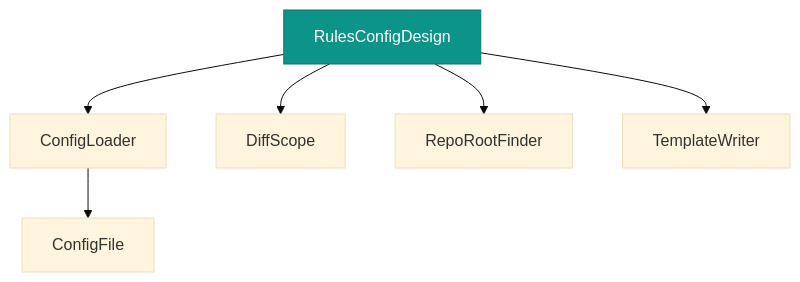
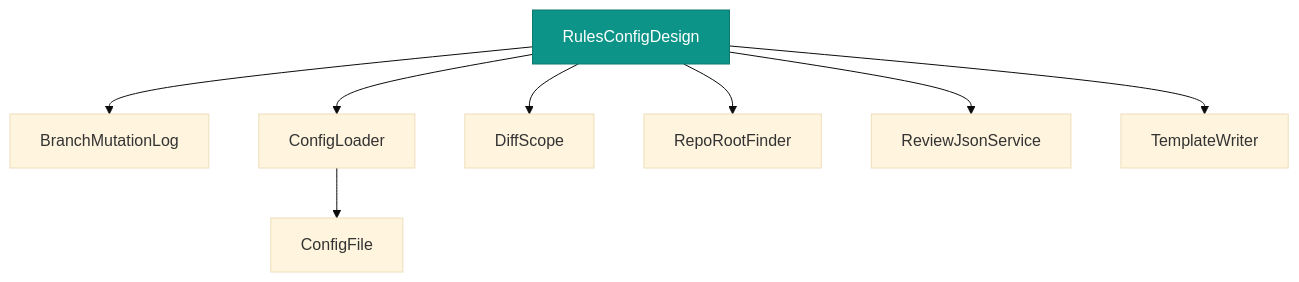
Before and after one commit to deanhiller/webpieces-ts: the diagram in packages/tooling/rules-config/design.md, drawn with Mermaid (base theme). The commit also changed 6 other files, not shown here.

First line of the commit message:
rules-config cascade increment 4: branch-mutation-log + review-json → injected services (#372)

````diff
--- a/packages/tooling/rules-config/design.md
+++ b/packages/tooling/rules-config/design.md
@@ -13,21 +13,25 @@
 ```mermaid
 graph TD
+    BranchMutationLog["BranchMutationLog"]
     ConfigFile["ConfigFile"]
     ConfigLoader["ConfigLoader"]
     DiffScope["DiffScope"]
     RepoRootFinder["RepoRootFinder"]
+    ReviewJsonService["ReviewJsonService"]
     RulesConfigDesign["RulesConfigDesign"]:::apiImpl
     TemplateWriter["TemplateWriter"]
     ConfigLoader --> ConfigFile
+    RulesConfigDesign --> BranchMutationLog
     RulesConfigDesign --> ConfigLoader
     RulesConfigDesign --> DiffScope
     RulesConfigDesign --> RepoRootFinder
+    RulesConfigDesign --> ReviewJsonService
     RulesConfigDesign --> TemplateWriter
     classDef controller fill:#1f6feb,color:#ffffff,stroke:#0d419d
     classDef apiImpl fill:#0d9488,color:#ffffff,stroke:#0f766e
     classDef component fill:#2da44e,color:#ffffff,stroke:#1a7f37
     classDef unresolved fill:#f0ad4e,color:#000000,stroke:#b8860b,stroke-dasharray: 5 5
     classDef external fill:#b39ddb,color:#000000,stroke:#5e35b1,stroke-width:3px
     classDef api fill:#4fc3f7,color:#000000,stroke:#0277bd,stroke-width:3px
     classDef many fill:#eceff1,color:#000000,stroke:#546e7a,stroke-width:2px,stroke-dasharray: 4 2
 ```
````
